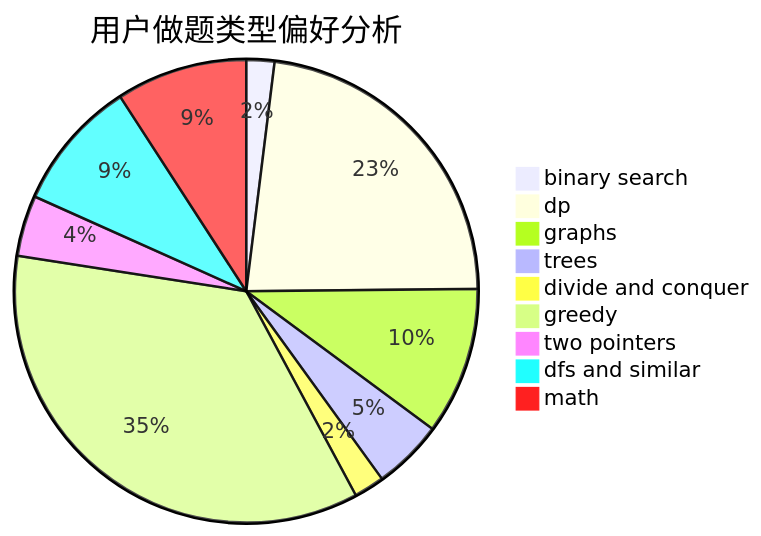
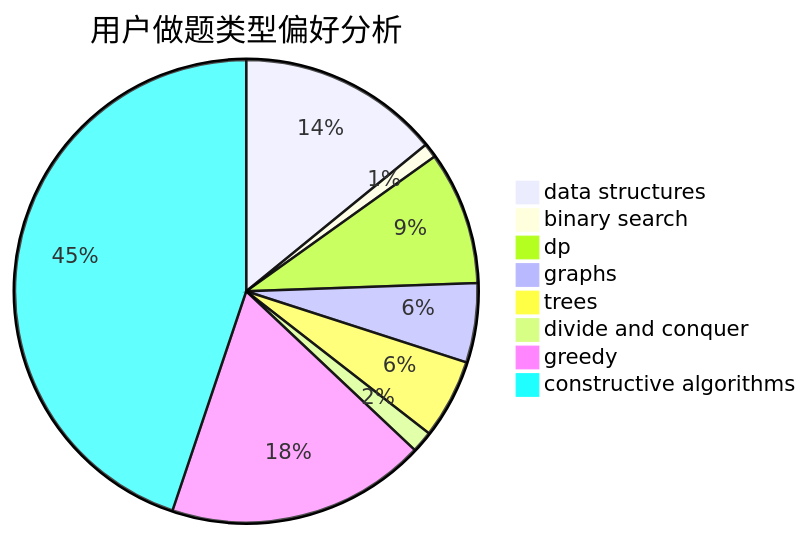
One commit to sherpahu/cfrs.github.io changed the second of 3 diagrams in docs/user/u150.md. Above: the diagram before and after it, drawn with Mermaid. The commit also changed other lines of this file and 2775 other files, not shown here.

````diff
--- a/docs/user/u150.md
+++ b/docs/user/u150.md
@@ -23,12 +23,11 @@
 ```mermaid
 pie title 用户做题类型偏好分析
-    "binary search" :  12
-    "dp" :  140
-    "graphs" :  63
-    "trees" :  30
-    "divide and conquer" :  13
-    "greedy" :  216
-    "two pointers" :  26
-    "dfs and similar" :  56
-    "math" :  56
+    "data structures" :  56
+    "binary search" :  4
+    "dp" :  37
+    "graphs" :  22
+    "trees" :  22
+    "divide and conquer" :  6
+    "greedy" :  72
+    "constructive algorithms" :  178
 ```
````
